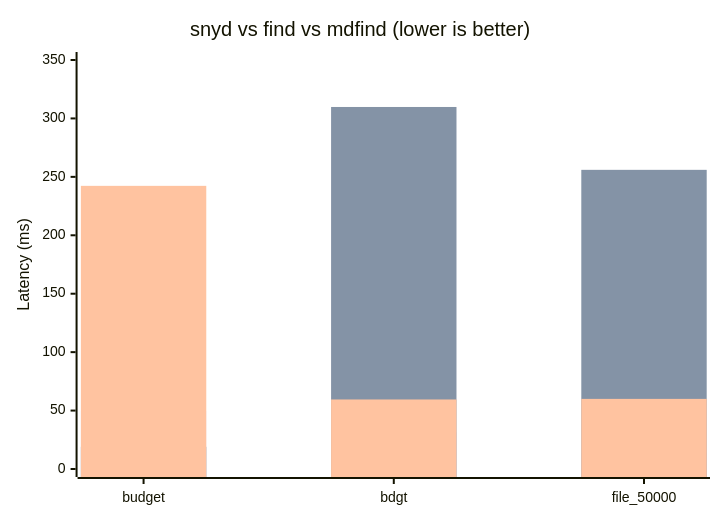
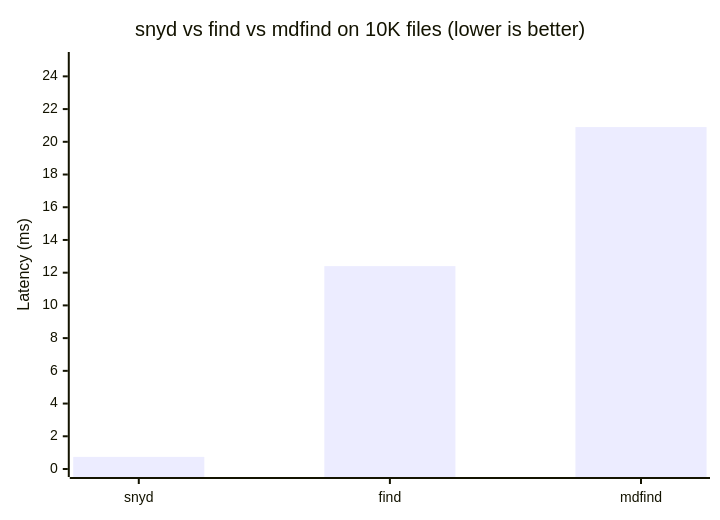
One commit to williamcachamwri/snyd changed the fourth of 6 diagrams in README.md. Above: the diagram before and after it, drawn with Mermaid. The commit also changed other lines of this file and 1 other file, not shown here.

First line of the commit message:
bench: add head-to-head benchmark snyd vs find vs mdfind

````diff
--- a/README.md
+++ b/README.md
@@ -101,9 +101,7 @@
 ```mermaid
 xychart-beta
-    title "snyd vs find vs mdfind (lower is better)"
-    x-axis ["budget", "bdgt", "file_50000"]
-    y-axis "Latency (ms)" 0 --> 350
-    bar snyd [49.7, 31.6, 13.7]
-    bar find [19.0, 309.8, 256.0]
-    bar mdfind [242.3, 59.5, 60.0]
+    title "snyd vs find vs mdfind on 10K files (lower is better)"
+    x-axis ["snyd", "find", "mdfind"]
+    y-axis "Latency (ms)" 0 --> 25
+    bar [0.74, 12.4, 20.9]
 ```
````
